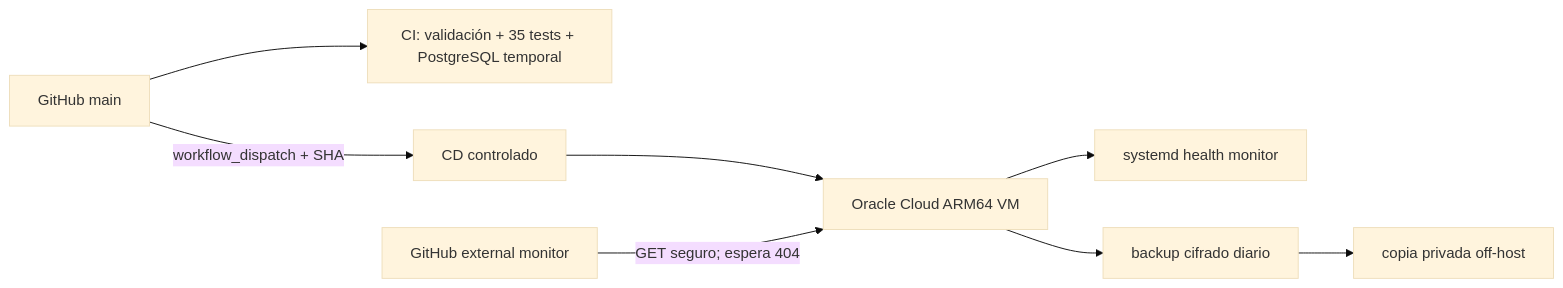
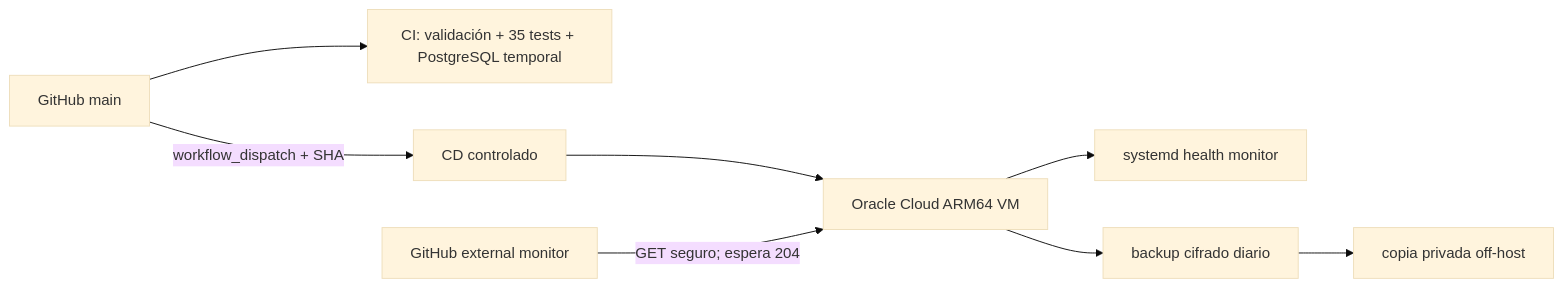
One commit to MACOABC/SmartDesk-AI-Portfolio changed the third of 3 diagrams in docs/ARCHITECTURE.md. Above: the diagram before and after it, drawn with Mermaid (base theme). The commit also changed other lines of this file and 5 other files, not shown here.

````diff
--- a/docs/ARCHITECTURE.md
+++ b/docs/ARCHITECTURE.md
@@ -46,10 +48,10 @@
 ```mermaid
 flowchart LR
     GitHub[GitHub main] --> CI[CI: validación + 35 tests + PostgreSQL temporal]
     GitHub -->|workflow_dispatch + SHA| CD[CD controlado]
     CD --> VM[Oracle Cloud ARM64 VM]
     VM --> Health[systemd health monitor]
     VM --> Backup[backup cifrado diario]
     Backup --> Offhost[copia privada off-host]
-    Hosted[GitHub external monitor] -->|GET seguro; espera 404| VM
+    Hosted[GitHub external monitor] -->|GET seguro; espera 204| VM
 ```
````
